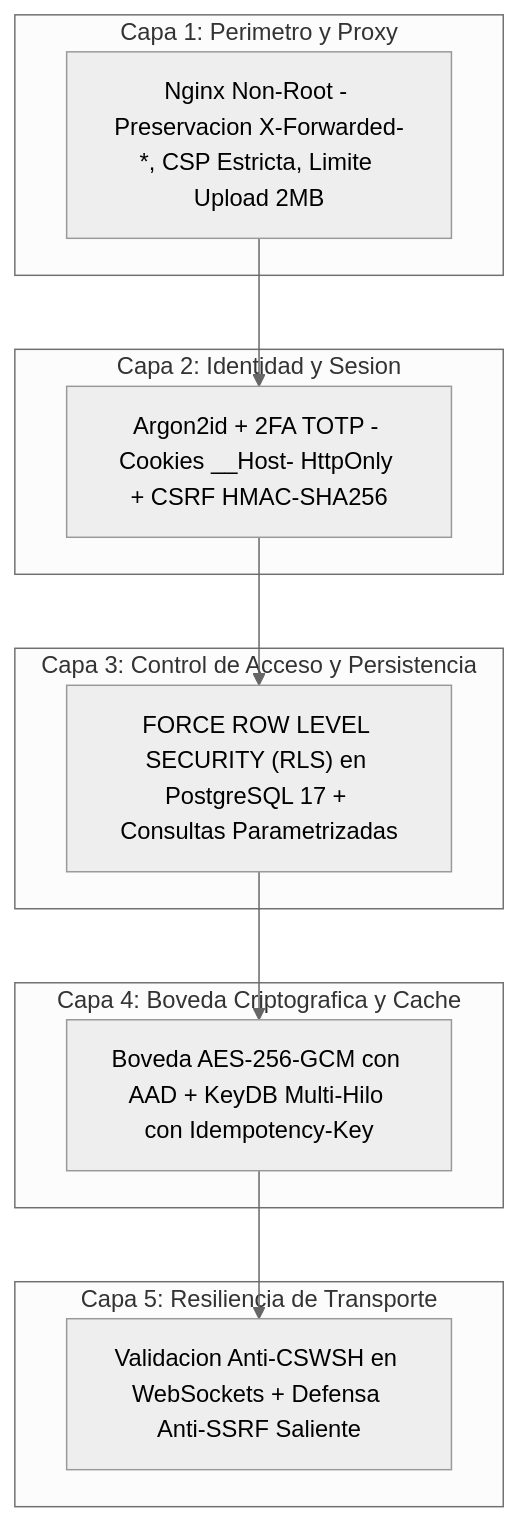
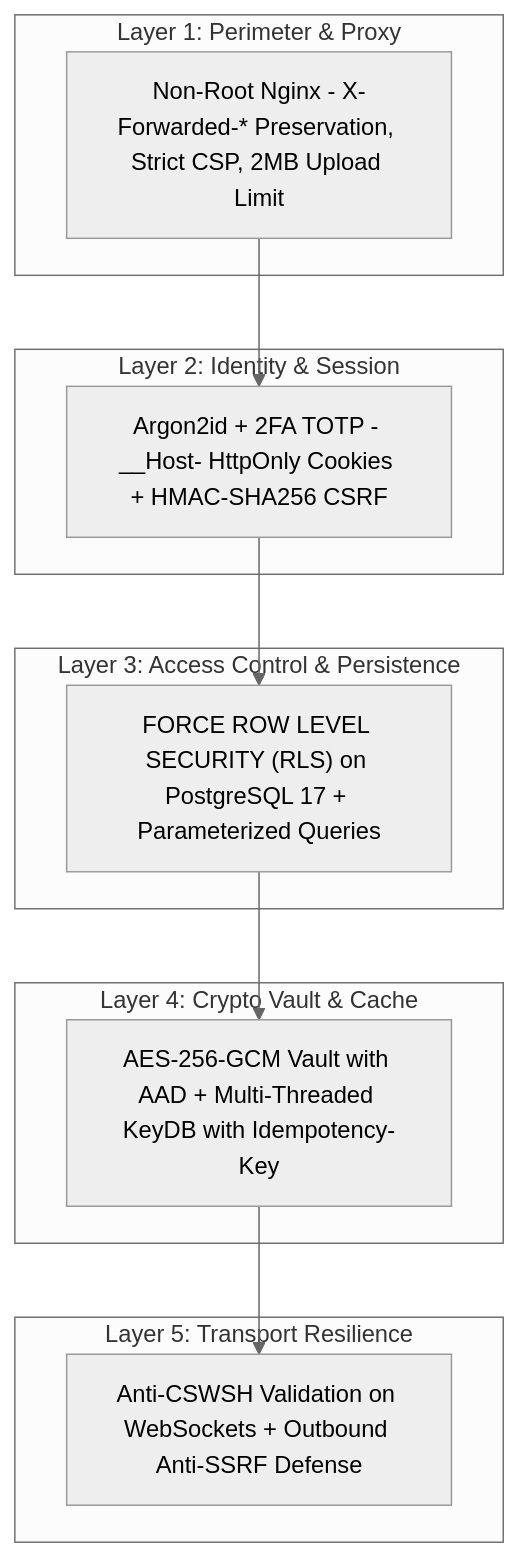
Before and after one commit to tecno-consultores/qa-testing-blueprints: the first of 2 diagrams in SECURITY.md, drawn with Mermaid (neutral theme). The commit also changed other lines of this file and 104 other files, not shown here.

````diff
--- a/SECURITY.md
+++ b/SECURITY.md
@@ -37,24 +39,24 @@
 ```mermaid
 flowchart TD
-    subgraph Capa1["Capa 1: Perimetro y Proxy"]
-        L1["Nginx Non-Root - Preservacion X-Forwarded-*, CSP Estricta, Limite Upload 2MB"]
+    subgraph Layer1["Layer 1: Perimeter & Proxy"]
+        L1["Non-Root Nginx - X-Forwarded-* Preservation, Strict CSP, 2MB Upload Limit"]
     end
 
-    subgraph Capa2["Capa 2: Identidad y Sesion"]
-        L2["Argon2id + 2FA TOTP - Cookies __Host- HttpOnly + CSRF HMAC-SHA256"]
+    subgraph Layer2["Layer 2: Identity & Session"]
+        L2["Argon2id + 2FA TOTP - __Host- HttpOnly Cookies + HMAC-SHA256 CSRF"]
     end
 
-    subgraph Capa3["Capa 3: Control de Acceso y Persistencia"]
-        L3["FORCE ROW LEVEL SECURITY (RLS) en PostgreSQL 17 + Consultas Parametrizadas"]
+    subgraph Layer3["Layer 3: Access Control & Persistence"]
+        L3["FORCE ROW LEVEL SECURITY (RLS) on PostgreSQL 17 + Parameterized Queries"]
     end
 
-    subgraph Capa4["Capa 4: Boveda Criptografica y Cache"]
-        L4["Boveda AES-256-GCM con AAD + KeyDB Multi-Hilo con Idempotency-Key"]
+    subgraph Layer4["Layer 4: Crypto Vault & Cache"]
+        L4["AES-256-GCM Vault with AAD + Multi-Threaded KeyDB with Idempotency-Key"]
     end
 
-    subgraph Capa5["Capa 5: Resiliencia de Transporte"]
-        L5["Validacion Anti-CSWSH en WebSockets + Defensa Anti-SSRF Saliente"]
+    subgraph Layer5["Layer 5: Transport Resilience"]
+        L5["Anti-CSWSH Validation on WebSockets + Outbound Anti-SSRF Defense"]
     end
 
     L1 --> L2 --> L3 --> L4 --> L5
 ```
````
